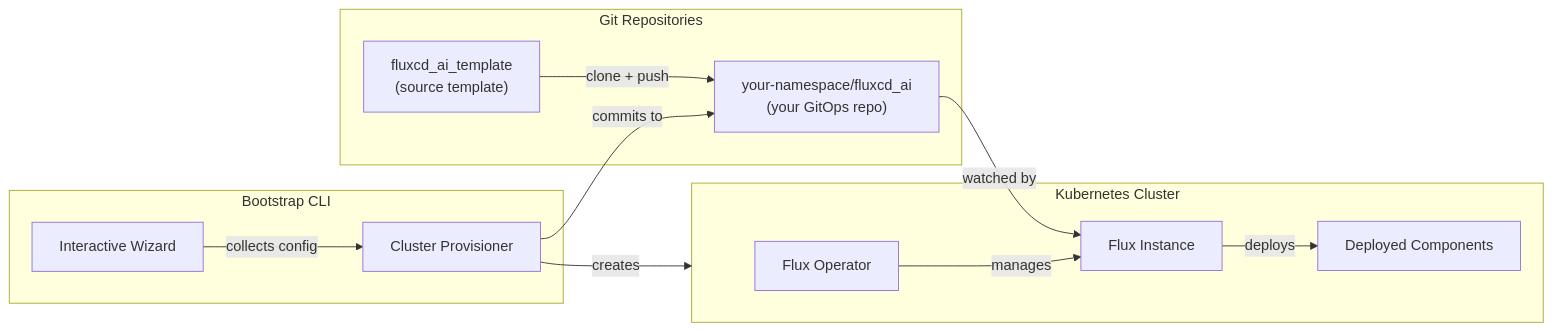
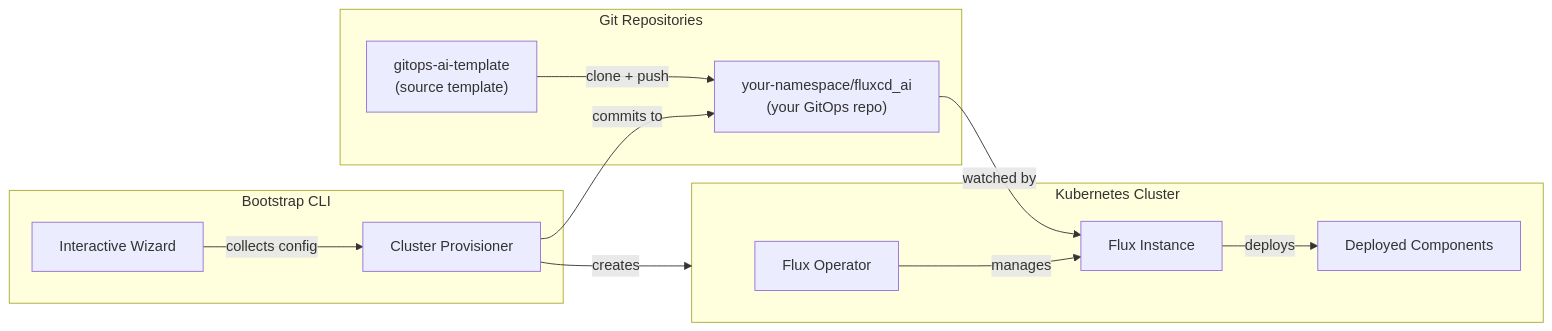
One commit to GitOpsAI/gitops-ai-bootstrapper changed the first of 4 diagrams in docs/architecture.md. Above: the diagram before and after it, drawn with Mermaid. The commit also changed other lines of this file and 12 other files, not shown here.

````diff
--- a/docs/architecture.md
+++ b/docs/architecture.md
@@ -9,26 +9,26 @@
 ```mermaid
 graph LR
     subgraph repos [Git Repositories]
-        Template["fluxcd_ai_template<br/>(source template)"]
+        Template["gitops-ai-template<br/>(source template)"]
         UserRepo["your-namespace/fluxcd_ai<br/>(your GitOps repo)"]
     end
 
     subgraph cli [Bootstrap CLI]
         Wizard["Interactive Wizard"]
         Provisioner["Cluster Provisioner"]
     end
 
     subgraph cluster [Kubernetes Cluster]
         FluxOp["Flux Operator"]
         FluxInst["Flux Instance"]
         Components["Deployed Components"]
     end
 
     Template -->|"clone + push"| UserRepo
     Wizard -->|"collects config"| Provisioner
     Provisioner -->|"creates"| cluster
     Provisioner -->|"commits to"| UserRepo
     UserRepo -->|"watched by"| FluxInst
     FluxOp -->|"manages"| FluxInst
     FluxInst -->|"deploys"| Components
 ```
````
